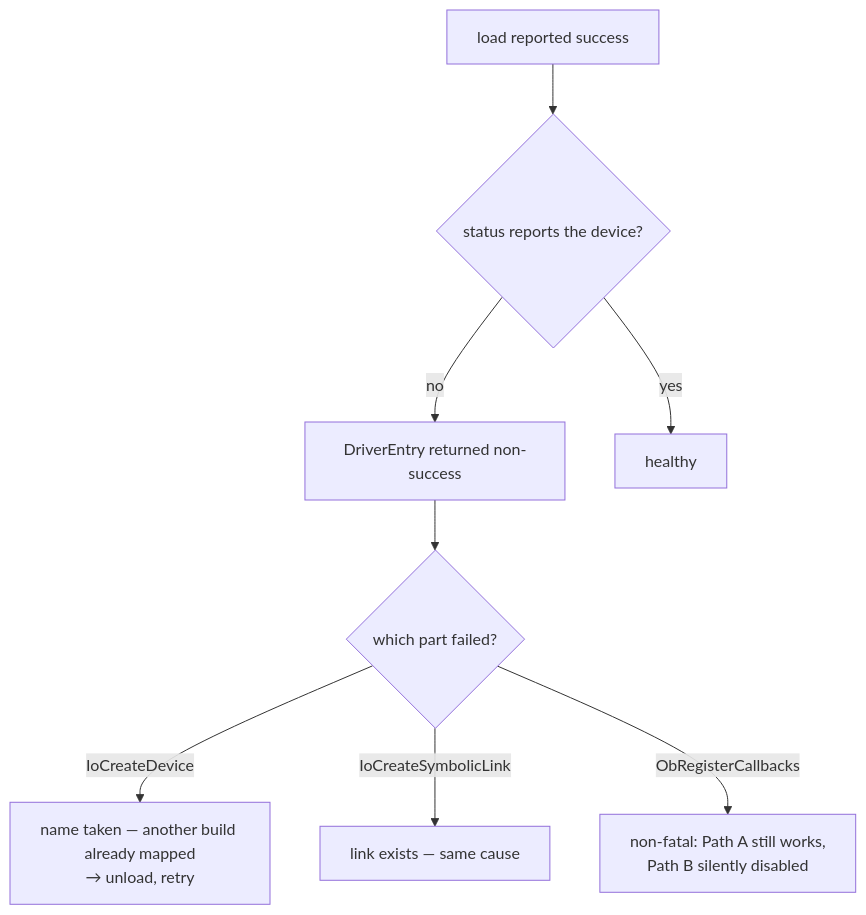
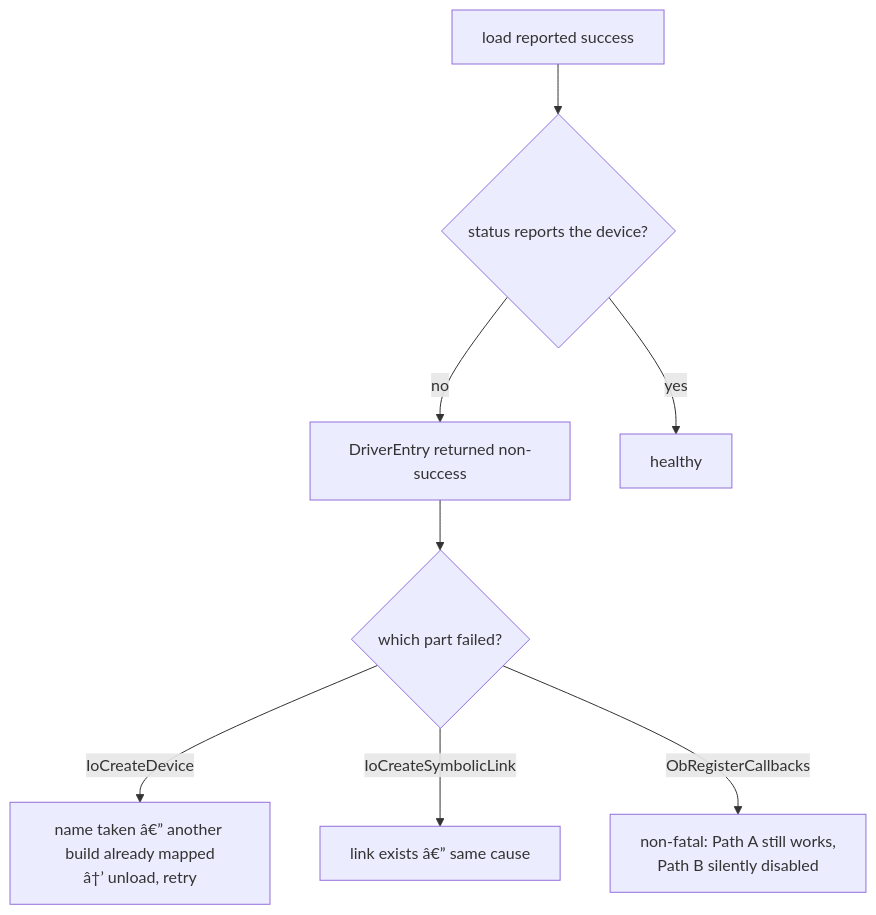
Before and after one commit to 0xMALVEE/kernmem: the second of 5 diagrams in docs/troubleshooting.md, drawn with Mermaid. The commit also changed other lines of this file and 919 other files, not shown here.

````diff
--- a/docs/troubleshooting.md
+++ b/docs/troubleshooting.md
@@ -40,10 +40,10 @@
 ```mermaid
 flowchart TD
     A["load reported success"] --> B{"status reports the device?"}
     B -->|no| C["DriverEntry returned non-success"]
     C --> D{"which part failed?"}
-    D -->|IoCreateDevice| D1["name taken — another build already mapped<br/>→ unload, retry"]
-    D -->|IoCreateSymbolicLink| D2["link exists — same cause"]
+    D -->|IoCreateDevice| D1["name taken â€” another build already mapped<br/>â†’ unload, retry"]
+    D -->|IoCreateSymbolicLink| D2["link exists â€” same cause"]
     D -->|ObRegisterCallbacks| D3["non-fatal: Path A still works,<br/>Path B silently disabled"]
     B -->|yes| E["healthy"]
 ```
````
